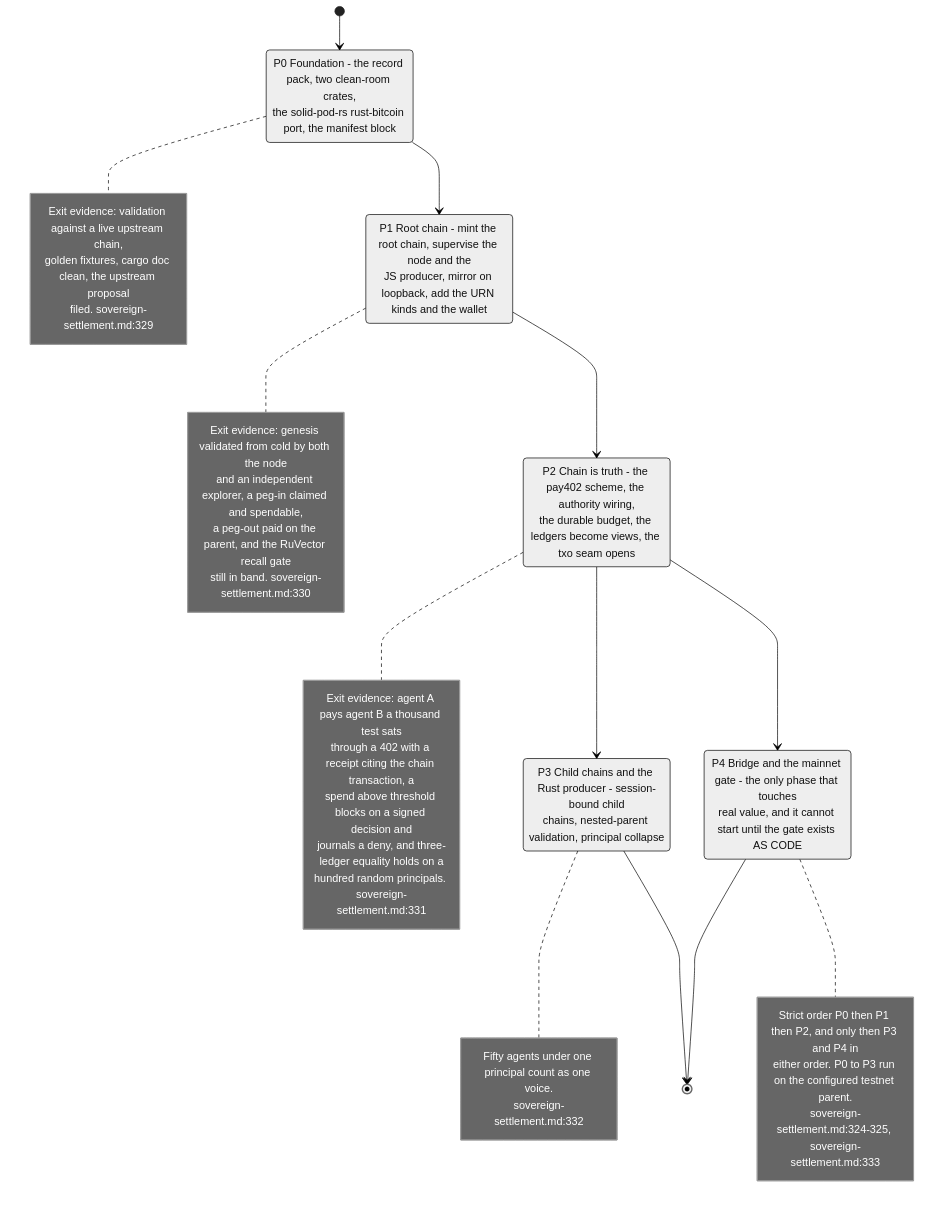
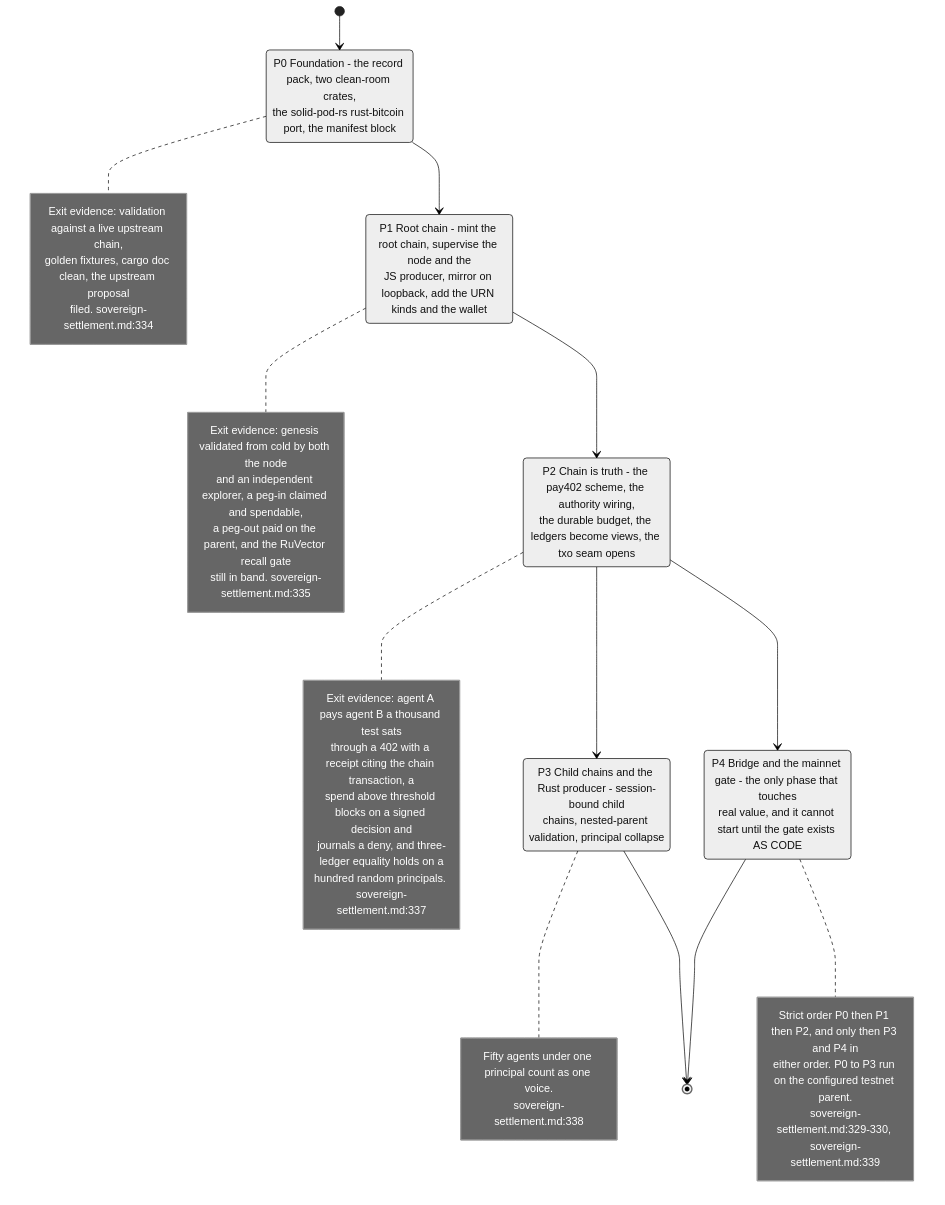
The seventh of 7 diagrams in docs/diagrams/agentbox/31-sovereign-settlement.md (DreamLab-AI/VisionFlow), drawn with Mermaid (neutral theme) before and after one commit. The commit also changed other lines of this file and 136 other files, not shown here.

First line of the commit message:
docs(diagrams): refresh the whole corpus to code HEAD and prune low-value diagrams

````diff
--- a/docs/diagrams/agentbox/31-sovereign-settlement.md
+++ b/docs/diagrams/agentbox/31-sovereign-settlement.md
@@ -290,42 +248,42 @@
 ```mermaid
 stateDiagram-v2
     [*] --> P0
     P0: P0 Foundation - the record pack, two clean-room crates,<br/>the solid-pod-rs rust-bitcoin port, the manifest block
     note right of P0
         Exit evidence: validation against a live upstream chain,
         golden fixtures, cargo doc clean, the upstream proposal
-        filed. sovereign-settlement.md:329
+        filed. sovereign-settlement.md:334
     end note
     P0 --> P1
     P1: P1 Root chain - mint the root chain, supervise the node and the<br/>JS producer, mirror on loopback, add the URN kinds and the wallet
     note right of P1
         Exit evidence: genesis validated from cold by both the node
         and an independent explorer, a peg-in claimed and spendable,
         a peg-out paid on the parent, and the RuVector recall gate
-        still in band. sovereign-settlement.md:330
+        still in band. sovereign-settlement.md:335
     end note
     P1 --> P2
     P2: P2 Chain is truth - the pay402 scheme, the authority wiring,<br/>the durable budget, the ledgers become views, the txo seam opens
     note right of P2
         Exit evidence: agent A pays agent B a thousand test sats
         through a 402 with a receipt citing the chain transaction, a
         spend above threshold blocks on a signed decision and
         journals a deny, and three-ledger equality holds on a
-        hundred random principals. sovereign-settlement.md:331
+        hundred random principals. sovereign-settlement.md:337
     end note
     P2 --> P3
     P2 --> P4
     P3: P3 Child chains and the Rust producer - session-bound child<br/>chains, nested-parent validation, principal collapse
     note right of P3
         Fifty agents under one principal count as one voice.
-        sovereign-settlement.md:332
+        sovereign-settlement.md:338
     end note
     P4: P4 Bridge and the mainnet gate - the only phase that touches<br/>real value, and it cannot start until the gate exists AS CODE
     note right of P4
         Strict order P0 then P1 then P2, and only then P3 and P4 in
         either order. P0 to P3 run on the configured testnet parent.
-        sovereign-settlement.md:324-325, sovereign-settlement.md:333
+        sovereign-settlement.md:329-330, sovereign-settlement.md:339
     end note
     P3 --> [*]
     P4 --> [*]
 ```
````
